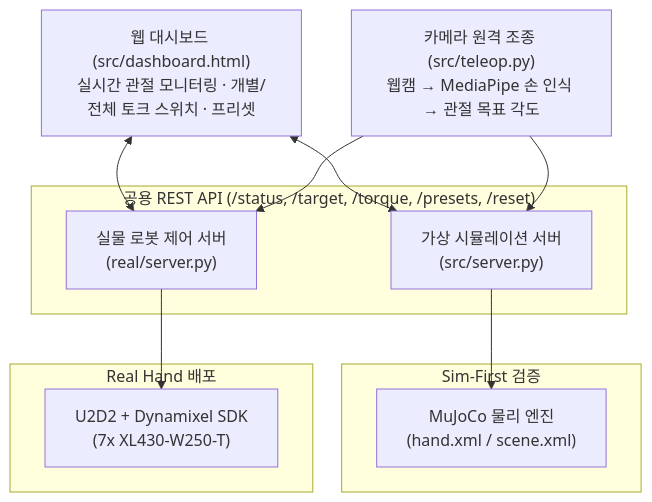
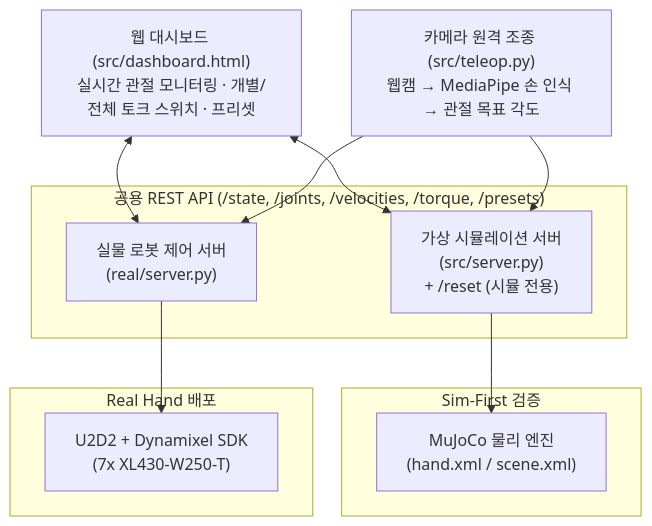
The diagram in README.md (ajin-robot-hand/tri_hand), drawn with Mermaid before and after one commit. The commit also changed other lines of this file, not shown here.

First line of the commit message:
docs(readme): fix factual errors (tutorial/, absolute paths, gain ranges, API names)

````diff
--- a/README.md
+++ b/README.md
@@ -19,24 +19,24 @@
 ```mermaid
 graph TD
     UI["웹 대시보드 (src/dashboard.html)<br/>실시간 관절 모니터링 · 개별/전체 토크 스위치 · 프리셋"]
 
-    subgraph Shared_API ["공용 REST API (/status, /target, /torque, /presets, /reset)"]
-        ServerSim["가상 시뮬레이션 서버<br/>(src/server.py)"]
+    subgraph Shared_API ["공용 REST API (/state, /joints, /velocities, /torque, /presets)"]
+        ServerSim["가상 시뮬레이션 서버<br/>(src/server.py)<br/>+ /reset (시뮬 전용)"]
         ServerReal["실물 로봇 제어 서버<br/>(real/server.py)"]
     end
 
     Cam["카메라 원격 조종 (src/teleop.py)<br/>웹캠 → MediaPipe 손 인식 → 관절 목표 각도"]
 
     UI <--> ServerSim
     UI <--> ServerReal
     Cam --> ServerSim
     Cam --> ServerReal
 
     subgraph Simulation_Side ["Sim-First 검증"]
         ServerSim --> MuJoCo["MuJoCo 물리 엔진<br/>(hand.xml / scene.xml)"]
     end
 
     subgraph Hardware_Side ["Real Hand 배포"]
         ServerReal --> DXL["U2D2 + Dynamixel SDK<br/>(7x XL430-W250-T)"]
     end
 ```
````
